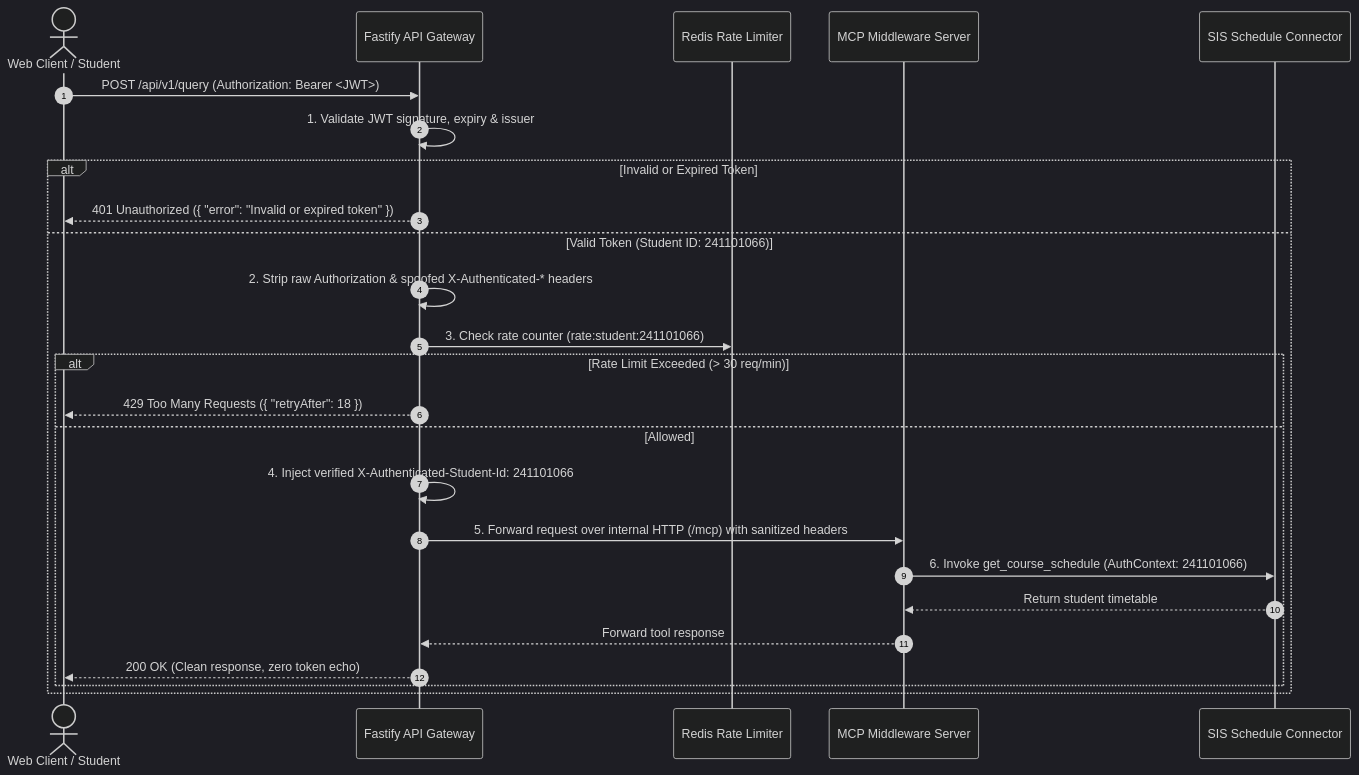
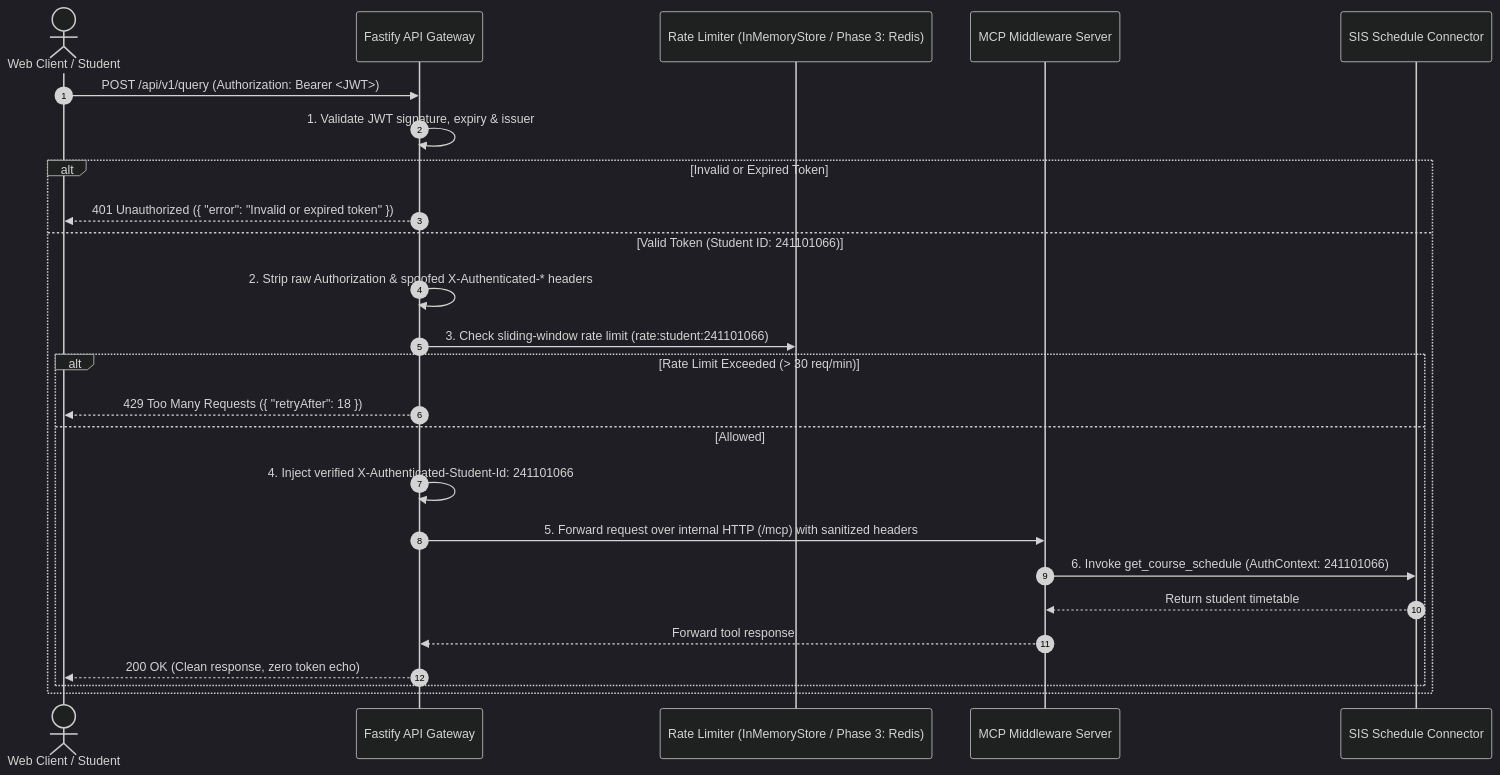
One commit to CPPpriest/BIL481-2026-Project changed the fourth of 8 diagrams in docs/Design_Document.md. Above: the diagram before and after it, drawn with Mermaid (dark theme). The commit also changed other lines of this file, not shown here.

````diff
--- a/docs/Design_Document.md
+++ b/docs/Design_Document.md
@@ -413,28 +436,28 @@
 ```mermaid
 sequenceDiagram
     autonumber
     actor Client as Web Client / Student
     participant Gateway as Fastify API Gateway
-    participant Redis as Redis Rate Limiter
+    participant Limiter as Rate Limiter (InMemoryStore / Phase 3: Redis)
     participant MCP as MCP Middleware Server
     participant SIS as SIS Schedule Connector
 
     Client->>Gateway: POST /api/v1/query (Authorization: Bearer <JWT>)
     Gateway->>Gateway: 1. Validate JWT signature, expiry & issuer
     alt Invalid or Expired Token
         Gateway-->>Client: 401 Unauthorized ({ "error": "Invalid or expired token" })
     else Valid Token (Student ID: 241101066)
         Gateway->>Gateway: 2. Strip raw Authorization & spoofed X-Authenticated-* headers
-        Gateway->>Redis: 3. Check rate counter (rate:student:241101066)
+        Gateway->>Limiter: 3. Check sliding-window rate limit (rate:student:241101066)
         alt Rate Limit Exceeded (> 30 req/min)
             Gateway-->>Client: 429 Too Many Requests ({ "retryAfter": 18 })
         else Allowed
             Gateway->>Gateway: 4. Inject verified X-Authenticated-Student-Id: 241101066
             Gateway->>MCP: 5. Forward request over internal HTTP (/mcp) with sanitized headers
             MCP->>SIS: 6. Invoke get_course_schedule (AuthContext: 241101066)
             SIS-->>MCP: Return student timetable
             MCP-->>Gateway: Forward tool response
             Gateway-->>Client: 200 OK (Clean response, zero token echo)
         end
     end
 ```
````
